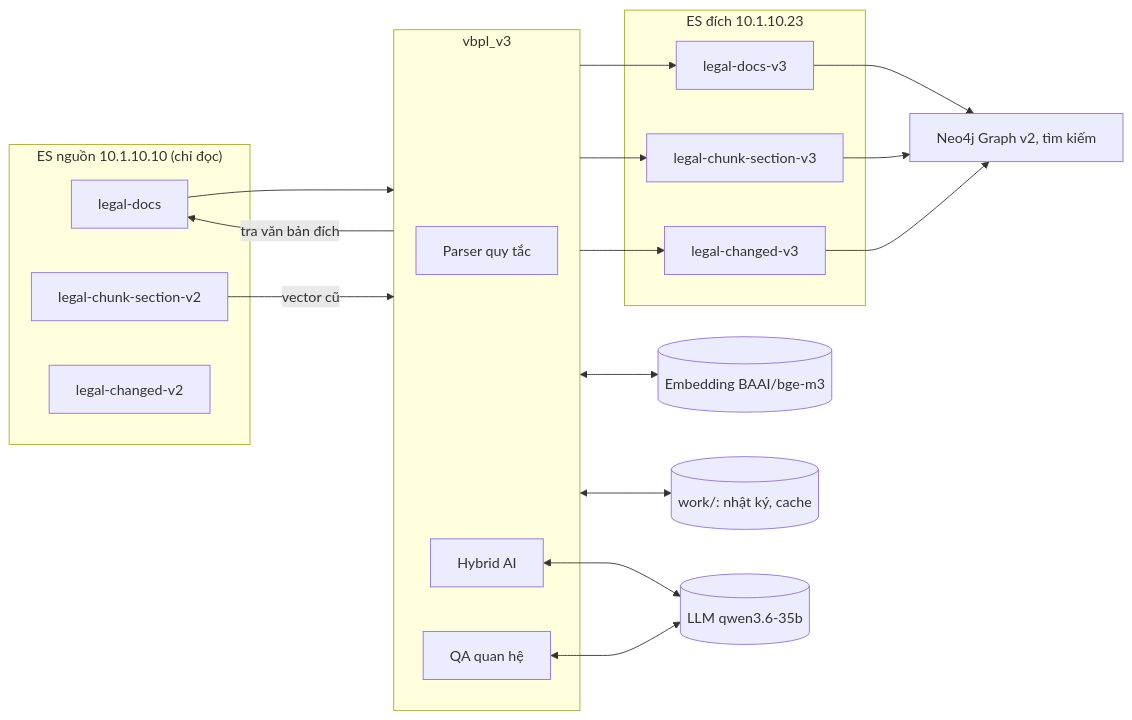
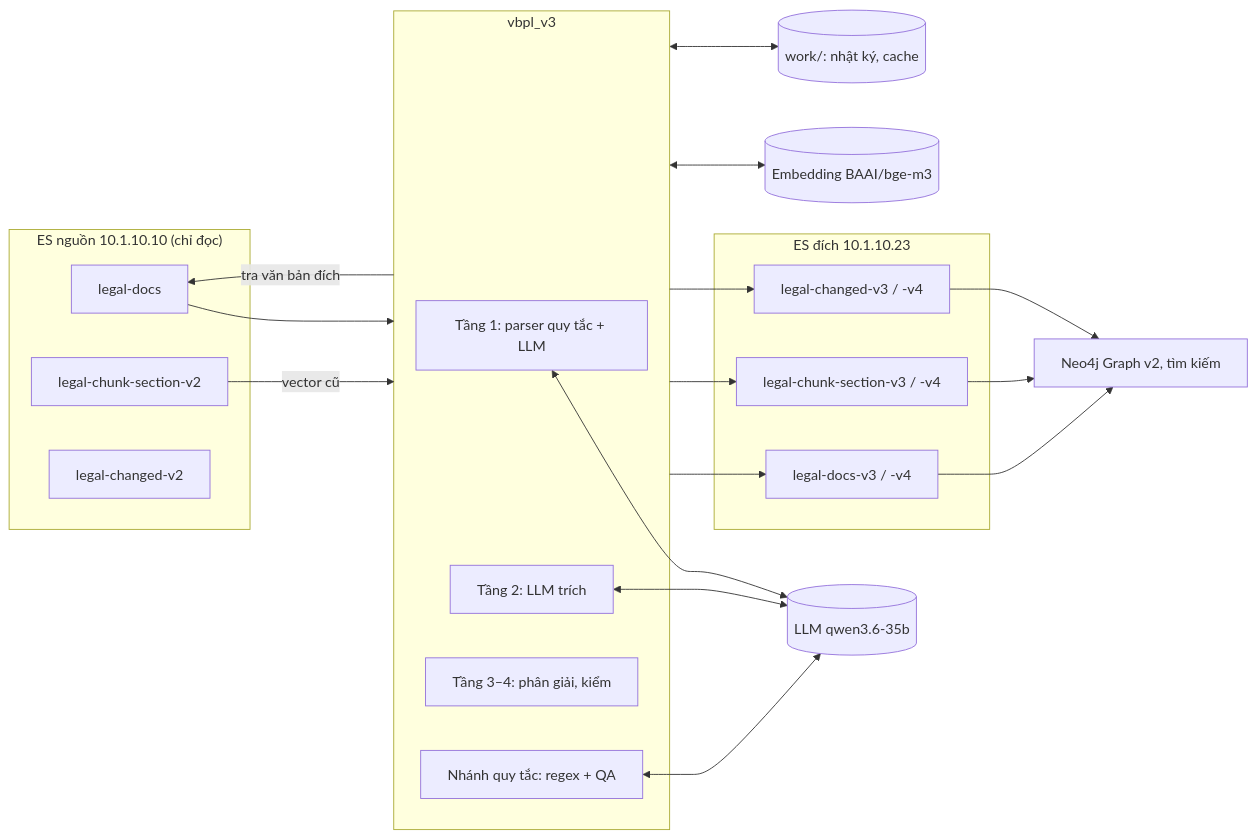
One commit to Vuminhnhat11224897/data_conversion changed the diagram in docs/01-kien-truc.md. Above: the diagram before and after it, drawn with Mermaid. The commit also changed other lines of this file and 11 other files, not shown here.

````diff
--- a/docs/01-kien-truc.md
+++ b/docs/01-kien-truc.md
@@ -15,30 +17,32 @@
 ```mermaid
 flowchart LR
   subgraph SRC["ES nguồn 10.1.10.10 (chỉ đọc)"]
     D2[legal-docs]
     C2[legal-chunk-section-v2]
     R2[legal-changed-v2]
   end
   subgraph TOOL["vbpl_v3"]
-    P[Parser quy tắc]
-    H[Hybrid AI]
-    Q[QA quan hệ]
+    P["Tầng 1: parser quy tắc + LLM"]
+    X["Tầng 2: LLM trích"]
+    V["Tầng 3–4: phân giải, kiểm"]
+    Q["Nhánh quy tắc: regex + QA"]
   end
   subgraph DST["ES đích 10.1.10.23"]
-    D3[legal-docs-v3]
-    C3[legal-chunk-section-v3]
-    R3[legal-changed-v3]
+    D3["legal-docs-v3 / -v4"]
+    C3["legal-chunk-section-v3 / -v4"]
+    R3["legal-changed-v3 / -v4"]
   end
   LLM[(LLM qwen3.6-35b)]
   EMB[(Embedding BAAI/bge-m3)]
   WORK[(work/: nhật ký, cache)]
   D2 --> TOOL
   C2 -- vector cũ --> TOOL
   TOOL -- tra văn bản đích --> D2
   TOOL --> D3 & C3 & R3
-  H <--> LLM
+  P <--> LLM
+  X <--> LLM
   Q <--> LLM
   TOOL <--> EMB
   TOOL <--> WORK
   D3 & C3 & R3 --> G[Neo4j Graph v2, tìm kiếm]
 ```
````
